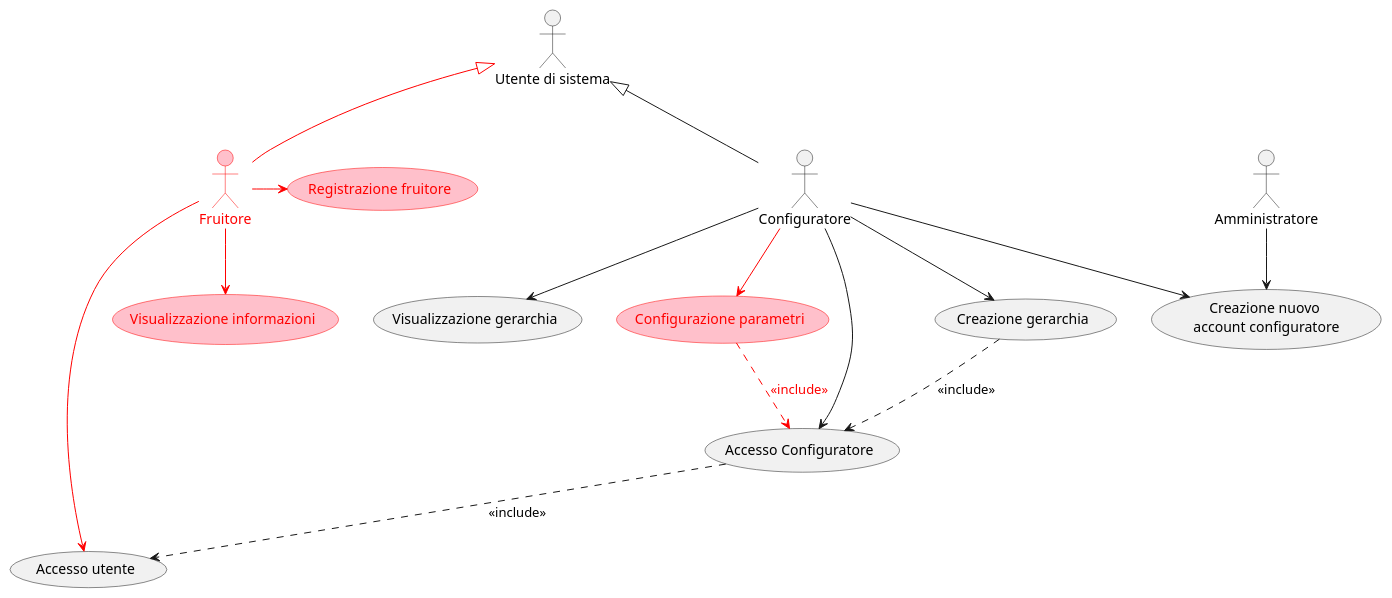
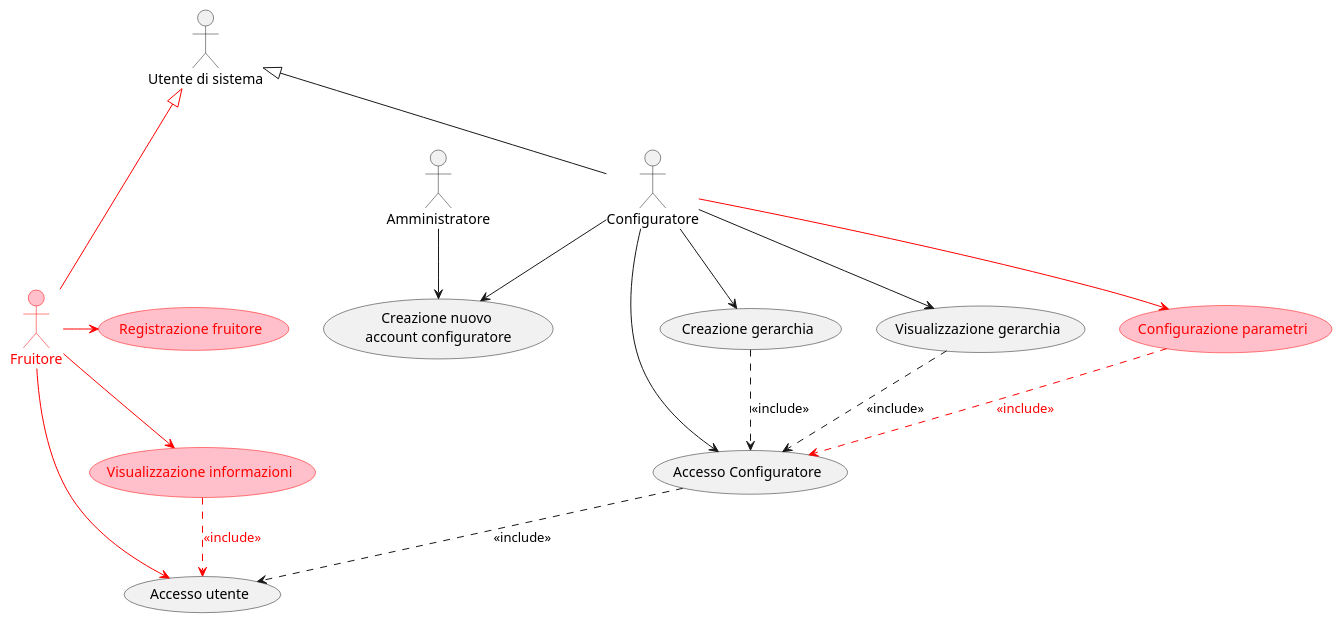
Before and after one commit to Matlice/ing_sw_2022: the diagram in DOC/VER2/diagrams/use_case/version_2.puml, drawn with PlantUML. The commit also changed 2 other files, not shown here.

Commit message:
Aggiunta include

```diff
--- a/DOC/VER2/diagrams/use_case/version_2.puml
+++ b/DOC/VER2/diagrams/use_case/version_2.puml
@@ -1,34 +1,37 @@
 @startuml
 
 :Utente di sistema: as user
 :Configuratore: as conf
 :Amministratore: as adm
 
 conf -up-|> user
 conf --> (Accesso Configuratore)
 conf --> (Creazione gerarchia)
 
 adm --> (Creazione nuovo \naccount configuratore)
 conf --> (Creazione nuovo \naccount configuratore)
 conf --> (Visualizzazione gerarchia)
 
 (Accesso Configuratore) ..> (Accesso utente): <<include>>
 (Creazione gerarchia) ..> (Accesso Configuratore): <<include>>
+(Visualizzazione gerarchia) ..> (Accesso Configuratore): <<include>>
 
 'VERSIONE 2 ===========================================
 
 :Fruitore: as fruit #pink;line:red;text:red
 
 fruit -up-|> user #red;text:red
 
 (Configurazione parametri)  #pink;line:red;text:red
 (Registrazione fruitore) #pink;line:red;text:red
 (Visualizzazione informazioni) #pink;line:red;text:red
 
 conf --> (Configurazione parametri) #red;text:red
 fruit --> (Visualizzazione informazioni) #red;text:red
 fruit -right-> (Registrazione fruitore) #red;text:red
 fruit --> (Accesso utente) #red;text:red
 (Configurazione parametri) ..> (Accesso Configuratore) #red;text:red : <<include>>
 
+(Visualizzazione informazioni) ..> (Accesso utente) #red;text:red : <<include>>
+
 @enduml
```
